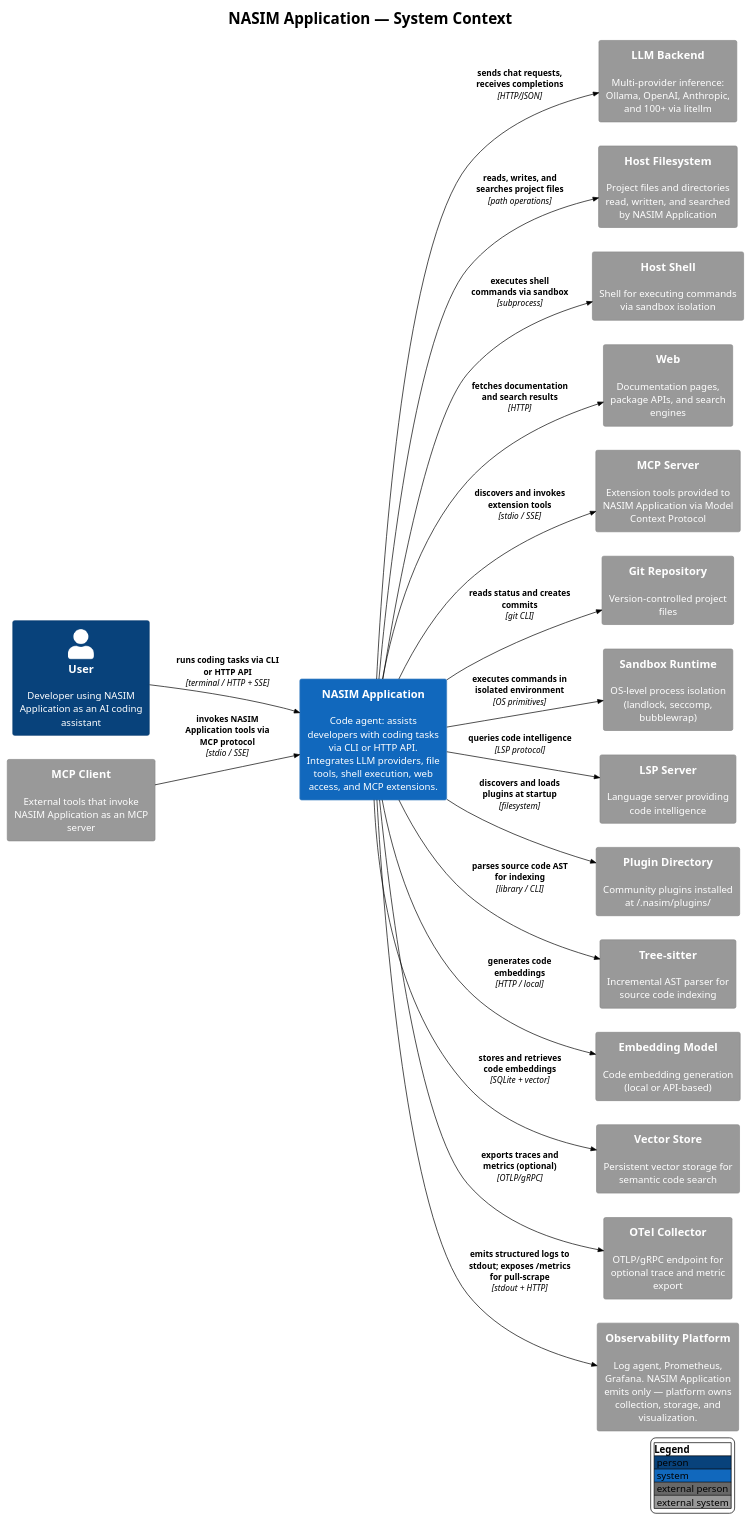
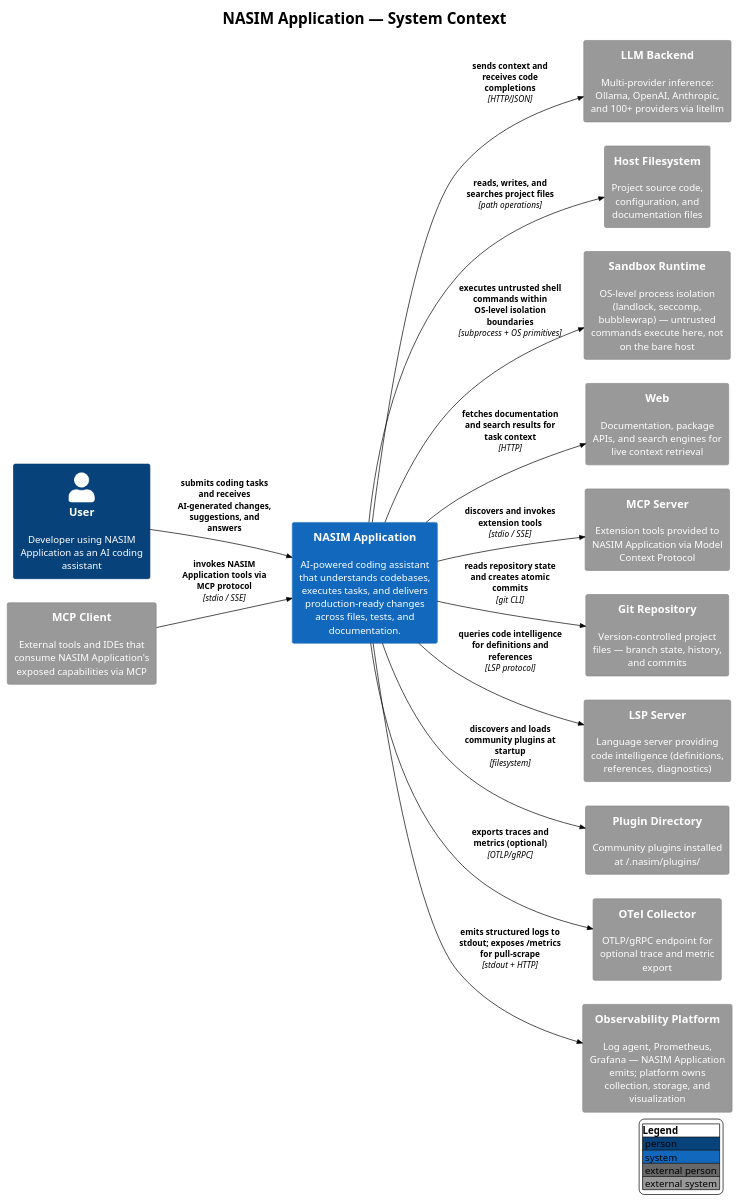
The diagram in docs/C4/c4_nasim_context.puml (salimnamvar/nasim), drawn with PlantUML before and after one commit. The commit also changed 2 other files, not shown here.

Commit message:
docs: Refactor code structure for improved readability and maintainability

```diff
--- a/docs/C4/c4_nasim_context.puml
+++ b/docs/C4/c4_nasim_context.puml
@@ -1,58 +1,58 @@
 @startuml c4_nasim_context
 !include https://raw.githubusercontent.com/plantuml-stdlib/C4-PlantUML/v2.10.0/C4_Context.puml
 !theme plain
 
 ' ============================================================
 ' Title:     NASIM Application — System Context
 ' Boundary:  NASIM Application
 ' Purpose:   Show NASIM Application as a code-agent system with one User actor
 '            and all external systems it depends on or is consumed by.
+'
+'            ABSTRACTION LEVEL NOTES:
+'            This is Level 1 (Context). It shows what the system IS and
+'            what it INTERACTS with — not how it works internally.
+'            Internal implementation details (tree_sitter, embedding_model,
+'            vector_store, CLI vs HTTP entry points) belong in Container
+'            or Component diagrams and are intentionally omitted here.
+'
 ' Milestone: v1.0
 ' Version:   9.0.0
 ' Source:    docs/entities.md
 ' Review:    —
 ' ============================================================
 
 LAYOUT_LEFT_RIGHT()
 LAYOUT_WITH_LEGEND()
 
 title NASIM Application — System Context
 
 Person(user, "User", "Developer using NASIM Application as an AI coding assistant")
 
-System(nasim_application, "NASIM Application", "Code agent: assists developers with coding tasks via CLI or HTTP API. Integrates LLM providers, file tools, shell execution, web access, and MCP extensions.")
+System(nasim_application, "NASIM Application", "AI-powered coding assistant that understands codebases, executes tasks, and delivers production-ready changes across files, tests, and documentation.")
 
-System_Ext(llm_backend, "LLM Backend", "Multi-provider inference: Ollama, OpenAI, Anthropic, and 100+ via litellm")
-System_Ext(host_fs, "Host Filesystem", "Project files and directories read, written, and searched by NASIM Application")
-System_Ext(host_shell, "Host Shell", "Shell for executing commands via sandbox isolation")
-System_Ext(web, "Web", "Documentation pages, package APIs, and search engines")
+System_Ext(llm_backend, "LLM Backend", "Multi-provider inference: Ollama, OpenAI, Anthropic, and 100+ providers via litellm")
+System_Ext(host_fs, "Host Filesystem", "Project source code, configuration, and documentation files")
+System_Ext(sandbox, "Sandbox Runtime", "OS-level process isolation (landlock, seccomp, bubblewrap) — untrusted commands execute here, not on the bare host")
+System_Ext(web, "Web", "Documentation, package APIs, and search engines for live context retrieval")
 System_Ext(mcp_server, "MCP Server", "Extension tools provided to NASIM Application via Model Context Protocol")
-System_Ext(mcp_client, "MCP Client", "External tools that invoke NASIM Application as an MCP server")
-System_Ext(git_repo, "Git Repository", "Version-controlled project files")
-System_Ext(sandbox, "Sandbox Runtime", "OS-level process isolation (landlock, seccomp, bubblewrap)")
-System_Ext(lsp_server, "LSP Server", "Language server providing code intelligence")
+System_Ext(mcp_client, "MCP Client", "External tools and IDEs that consume NASIM Application's exposed capabilities via MCP")
+System_Ext(git_repo, "Git Repository", "Version-controlled project files — branch state, history, and commits")
+System_Ext(lsp_server, "LSP Server", "Language server providing code intelligence (definitions, references, diagnostics)")
 System_Ext(plugin_dir, "Plugin Directory", "Community plugins installed at ~/.nasim/plugins/")
-System_Ext(tree_sitter, "Tree-sitter", "Incremental AST parser for source code indexing")
-System_Ext(embedding_model, "Embedding Model", "Code embedding generation (local or API-based)")
-System_Ext(vector_store, "Vector Store", "Persistent vector storage for semantic code search")
 System_Ext(otel_collector, "OTel Collector", "OTLP/gRPC endpoint for optional trace and metric export")
-System_Ext(obs_platform, "Observability Platform", "Log agent, Prometheus, Grafana. NASIM Application emits only — platform owns collection, storage, and visualization.")
+System_Ext(obs_platform, "Observability Platform", "Log agent, Prometheus, Grafana — NASIM Application emits; platform owns collection, storage, and visualization")
 
-Rel(user, nasim_application, "runs coding tasks via CLI or HTTP API", "terminal / HTTP + SSE")
-Rel(nasim_application, llm_backend, "sends chat requests, receives completions", "HTTP/JSON")
+Rel(user, nasim_application, "submits coding tasks and receives AI-generated changes, suggestions, and answers")
+Rel(nasim_application, llm_backend, "sends context and receives code completions", "HTTP/JSON")
 Rel(nasim_application, host_fs, "reads, writes, and searches project files", "path operations")
-Rel(nasim_application, host_shell, "executes shell commands via sandbox", "subprocess")
-Rel(nasim_application, web, "fetches documentation and search results", "HTTP")
+Rel(nasim_application, sandbox, "executes untrusted shell commands within OS-level isolation boundaries", "subprocess + OS primitives")
+Rel(nasim_application, web, "fetches documentation and search results for task context", "HTTP")
 Rel(nasim_application, mcp_server, "discovers and invokes extension tools", "stdio / SSE")
 Rel(mcp_client, nasim_application, "invokes NASIM Application tools via MCP protocol", "stdio / SSE")
-Rel(nasim_application, git_repo, "reads status and creates commits", "git CLI")
-Rel(nasim_application, sandbox, "executes commands in isolated environment", "OS primitives")
-Rel(nasim_application, lsp_server, "queries code intelligence", "LSP protocol")
-Rel(nasim_application, plugin_dir, "discovers and loads plugins at startup", "filesystem")
-Rel(nasim_application, tree_sitter, "parses source code AST for indexing", "library / CLI")
-Rel(nasim_application, embedding_model, "generates code embeddings", "HTTP / local")
-Rel(nasim_application, vector_store, "stores and retrieves code embeddings", "SQLite + vector")
+Rel(nasim_application, git_repo, "reads repository state and creates atomic commits", "git CLI")
+Rel(nasim_application, lsp_server, "queries code intelligence for definitions and references", "LSP protocol")
+Rel(nasim_application, plugin_dir, "discovers and loads community plugins at startup", "filesystem")
 Rel(nasim_application, obs_platform, "emits structured logs to stdout; exposes /metrics for pull-scrape", "stdout + HTTP")
 Rel(nasim_application, otel_collector, "exports traces and metrics (optional)", "OTLP/gRPC")
 
 @enduml
```
